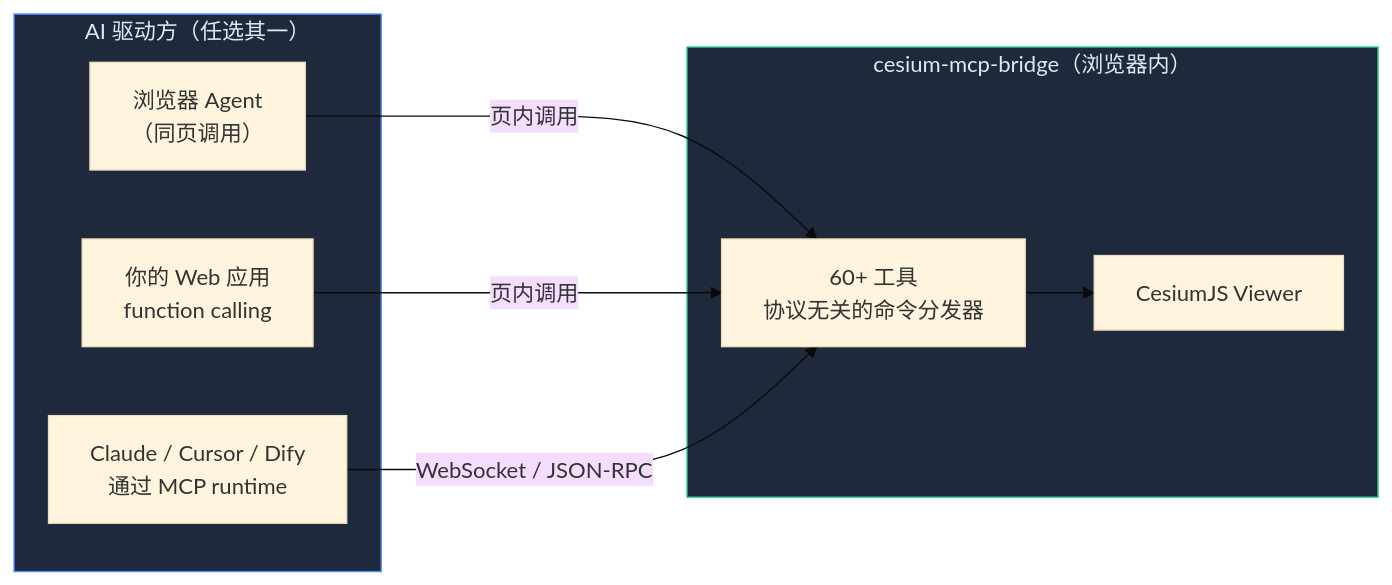
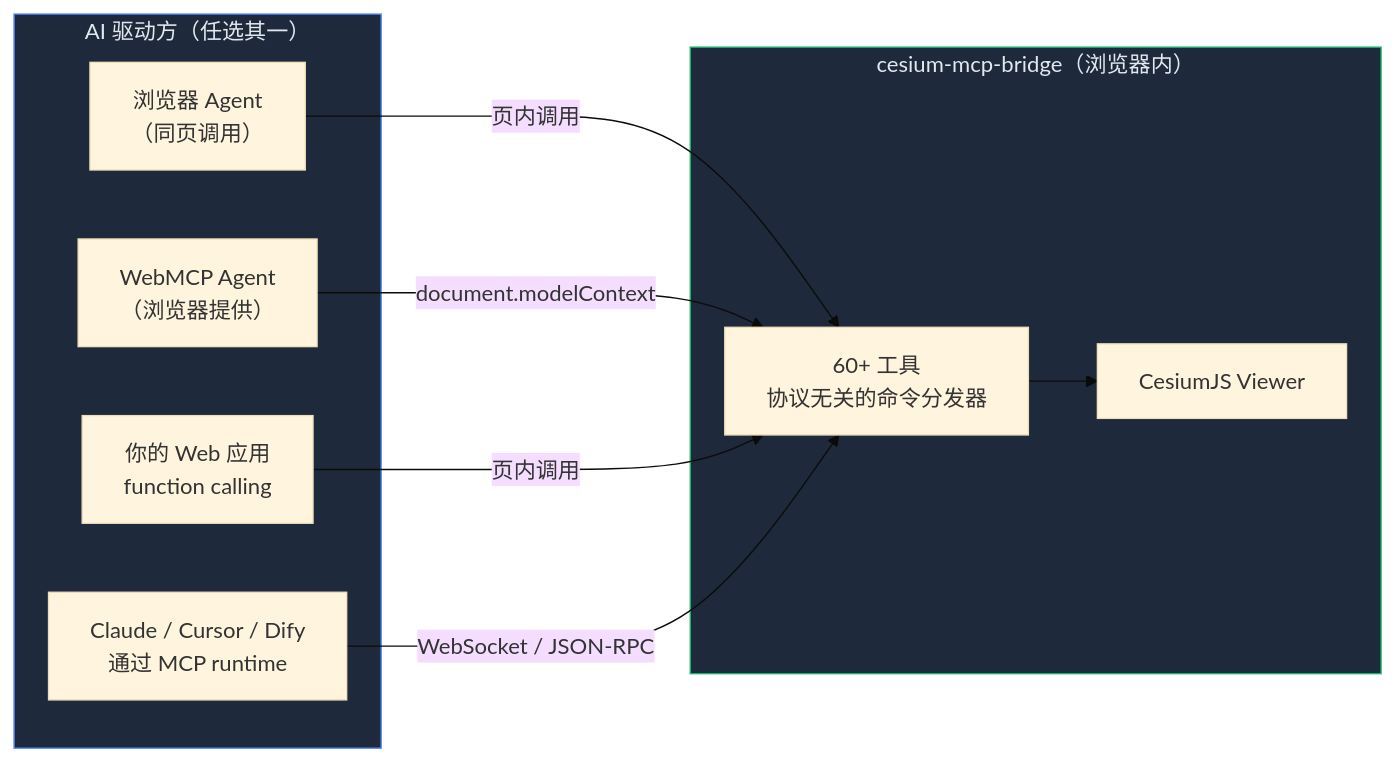
The diagram in README.zh-CN.md (gaopengbin/cesium-mcp), drawn with Mermaid (base theme) before and after one commit. The commit also changed other lines of this file and 38 other files, not shown here.

Commit message:
feat: add WebMCP browser integration

````diff
--- a/README.zh-CN.md
+++ b/README.zh-CN.md
@@ -54,21 +54,23 @@
 ```mermaid
 flowchart LR
   subgraph clients ["AI 驱动方（任选其一）"]
     BA["浏览器 Agent\n（同页调用）"]
+    WM["WebMCP Agent\n（浏览器提供）"]
     FC["你的 Web 应用\nfunction calling"]
     MCP["Claude / Cursor / Dify\n通过 MCP runtime"]
   end
 
   subgraph core ["cesium-mcp-bridge（浏览器内）"]
     B["60+ 工具\n协议无关的命令分发器"]
     C["CesiumJS Viewer"]
   end
 
   BA -- "页内调用" --> B
+  WM -- "document.modelContext" --> B
   FC -- "页内调用" --> B
   MCP -- "WebSocket / JSON-RPC" --> B
   B --> C
 
   style clients fill:#1e293b,stroke:#528bff,color:#e2e8f0
   style core fill:#1e293b,stroke:#12B76A,color:#e2e8f0
 ```
````
